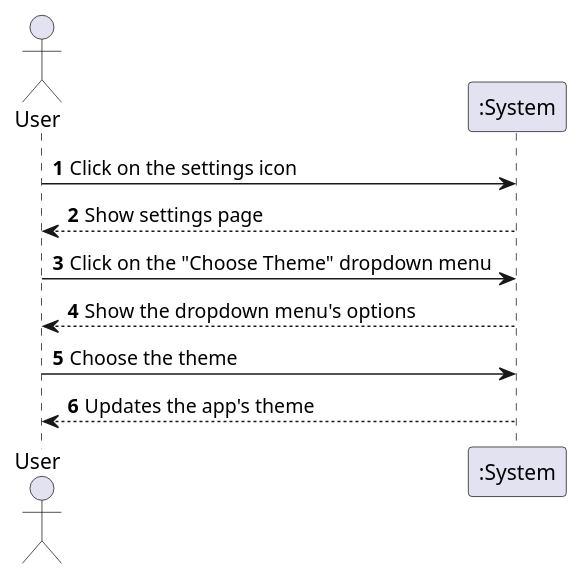
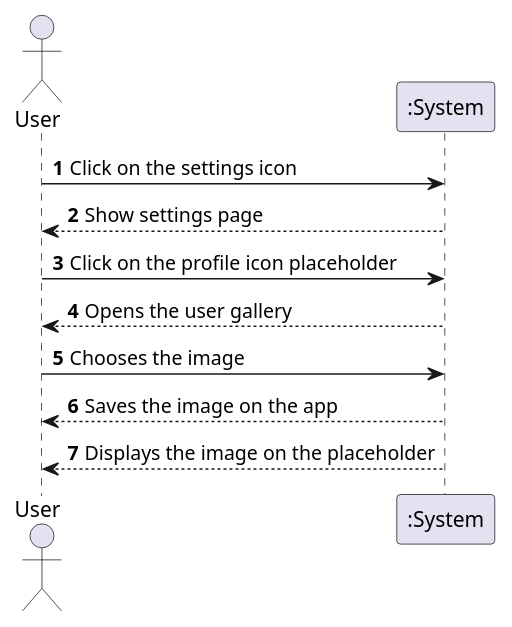
Before and after one commit to VitorHTeixeira/DSSMV_ProjectDroid_1232067_1241131_1241008: the diagram in UMLs/UC_SSD/uml/UCSS_UCSSD/UCSS1_UCSSD.puml, drawn with PlantUML. The commit also changed 32 other files, not shown here.

```diff
--- a/UMLs/UC_SSD/uml/UCSS_UCSSD/UCSS1_UCSSD.puml
+++ b/UMLs/UC_SSD/uml/UCSS_UCSSD/UCSS1_UCSSD.puml
@@ -1,18 +1,23 @@
 @startuml
 'https://plantuml.com/sequence-diagram
+
+autonumber
 
 autonumber
 
 actor "User" as user
 participant ":System" as sys
 
 user -> sys: Click on the settings icon
 user <-- sys: Show settings page
 
-user -> sys: Click on the "Choose Theme" dropdown menu
-user <-- sys: Show the dropdown menu's options
+user -> sys: Click on the profile icon placeholder
+user <-- sys: Opens the user gallery
 
-user -> sys: Choose the theme
-user <-- sys: Updates the app's theme
+user -> sys: Chooses the image
+user <-- sys: Saves the image on the app
+user <-- sys: Displays the image on the placeholder
+
+
 
 @enduml
```
